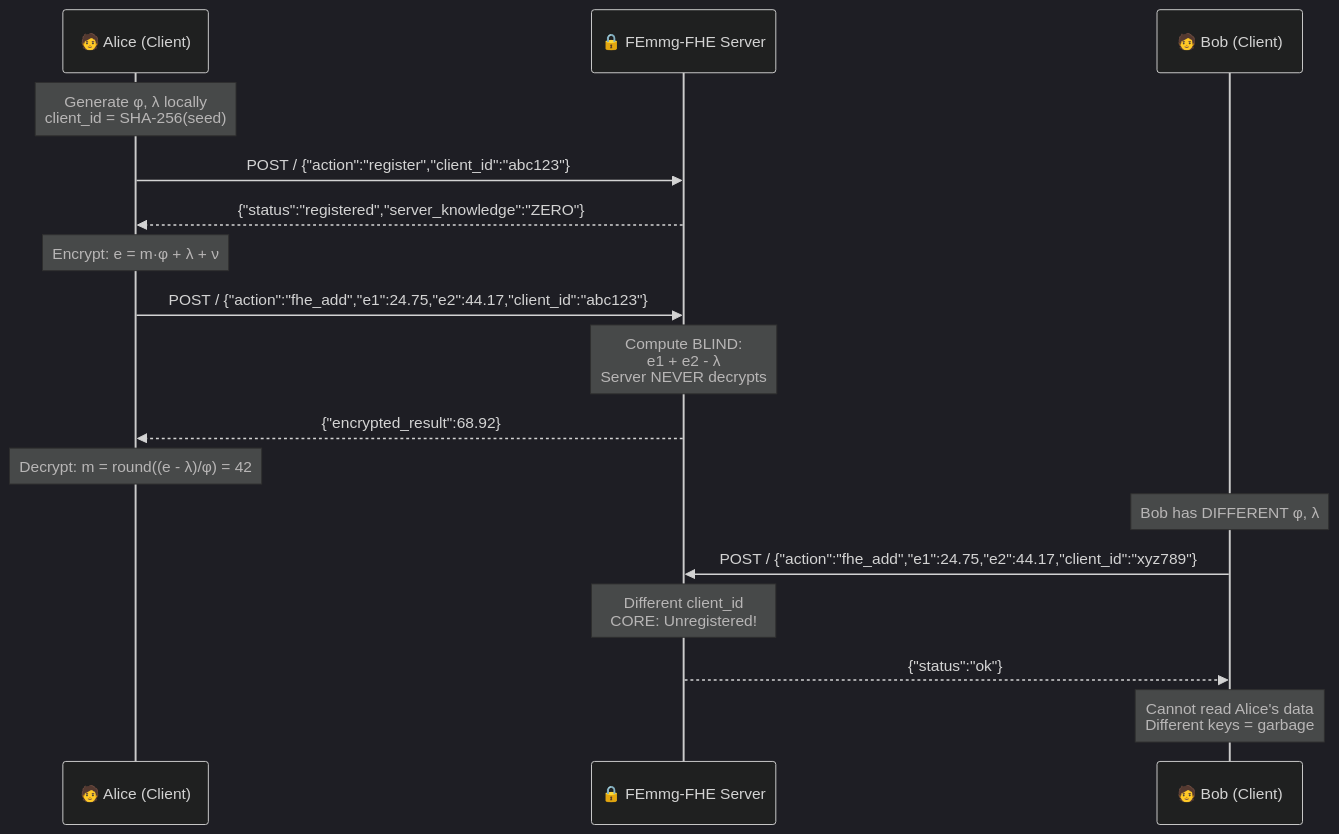
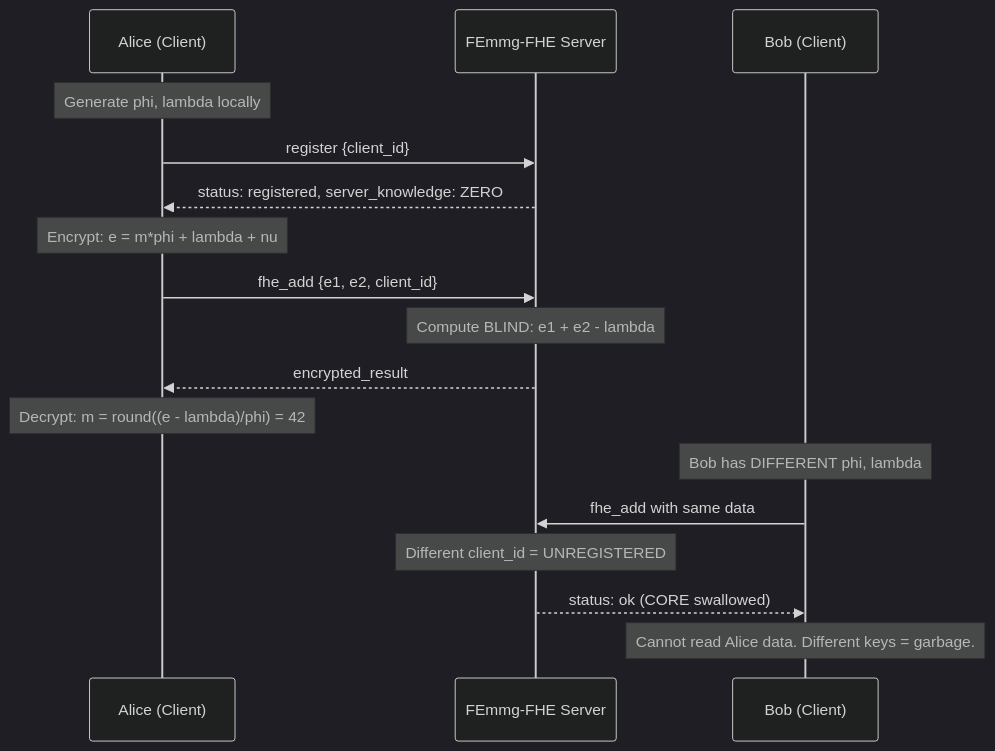
The first of 2 diagrams in README.md (primordialomegazero/femmgFHE), drawn with Mermaid (dark theme) before and after one commit. The commit also changed other lines of this file, not shown here.

Commit message:
docs: Fix Mermaid CORE diagram — escaped JSON braces

````diff
--- a/README.md
+++ b/README.md
@@ -150,24 +150,24 @@
 ```mermaid
 sequenceDiagram
-    participant Alice as 🧑 Alice (Client)
-    participant Server as 🔒 FEmmg-FHE Server
-    participant Bob as 🧑 Bob (Client)
+    participant Alice as Alice (Client)
+    participant Server as FEmmg-FHE Server
+    participant Bob as Bob (Client)
     
-    Note over Alice: Generate φ, λ locally<br/>client_id = SHA-256(seed)
-    Alice->>Server: POST / {"action":"register","client_id":"abc123"}
-    Server-->>Alice: {"status":"registered","server_knowledge":"ZERO"}
+    Note over Alice: Generate phi, lambda locally
+    Alice->>Server: register {client_id}
+    Server-->>Alice: status: registered, server_knowledge: ZERO
     
-    Note over Alice: Encrypt: e = m·φ + λ + ν
-    Alice->>Server: POST / {"action":"fhe_add","e1":24.75,"e2":44.17,"client_id":"abc123"}
-    Note over Server: Compute BLIND:<br/>e1 + e2 - λ<br/>Server NEVER decrypts
-    Server-->>Alice: {"encrypted_result":68.92}
+    Note over Alice: Encrypt: e = m*phi + lambda + nu
+    Alice->>Server: fhe_add {e1, e2, client_id}
+    Note over Server: Compute BLIND: e1 + e2 - lambda
+    Server-->>Alice: encrypted_result
     
-    Note over Alice: Decrypt: m = round((e - λ)/φ) = 42
+    Note over Alice: Decrypt: m = round((e - lambda)/phi) = 42
     
-    Note over Bob: Bob has DIFFERENT φ, λ
-    Bob->>Server: POST / {"action":"fhe_add","e1":24.75,"e2":44.17,"client_id":"xyz789"}
-    Note over Server: Different client_id<br/>CORE: Unregistered!
-    Server-->>Bob: {"status":"ok"}
+    Note over Bob: Bob has DIFFERENT phi, lambda
+    Bob->>Server: fhe_add with same data
+    Note over Server: Different client_id = UNREGISTERED
+    Server-->>Bob: status: ok (CORE swallowed)
     
-    Note over Bob: Cannot read Alice's data<br/>Different keys = garbage
+    Note over Bob: Cannot read Alice data. Different keys = garbage.
 ```
````
